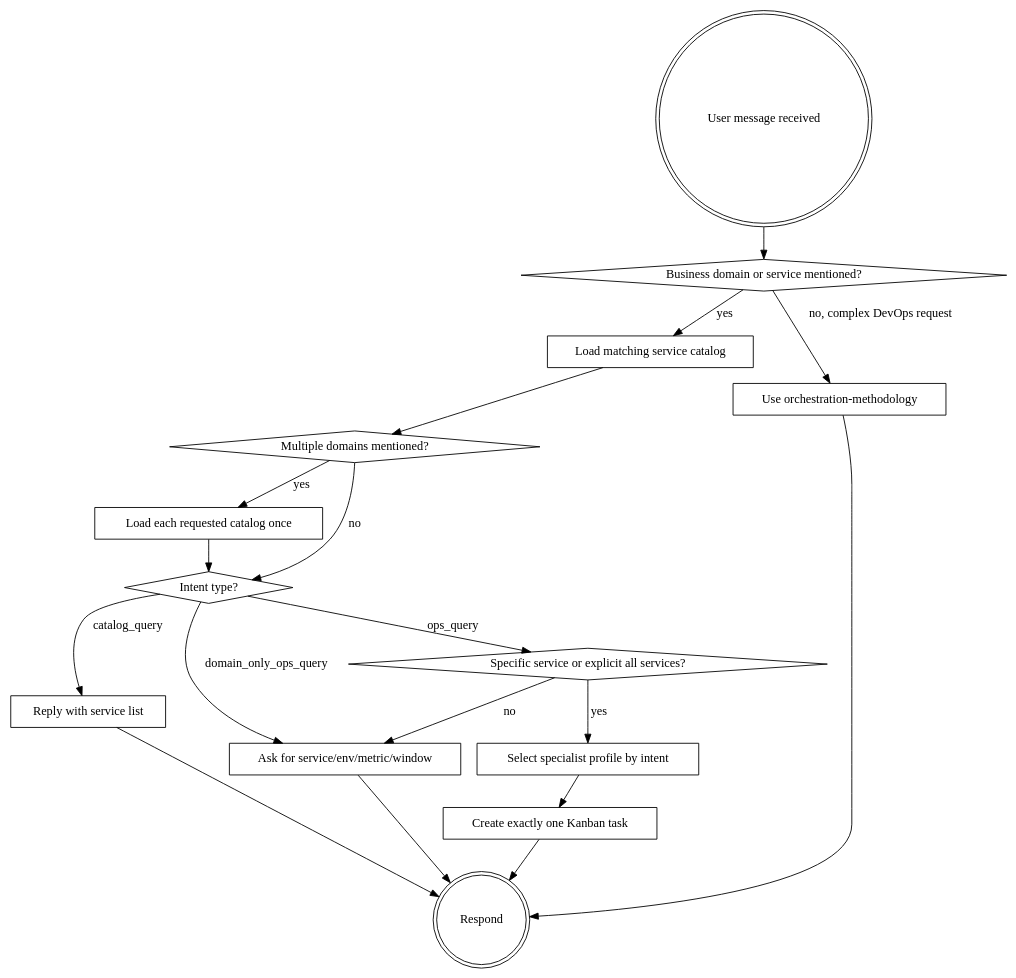
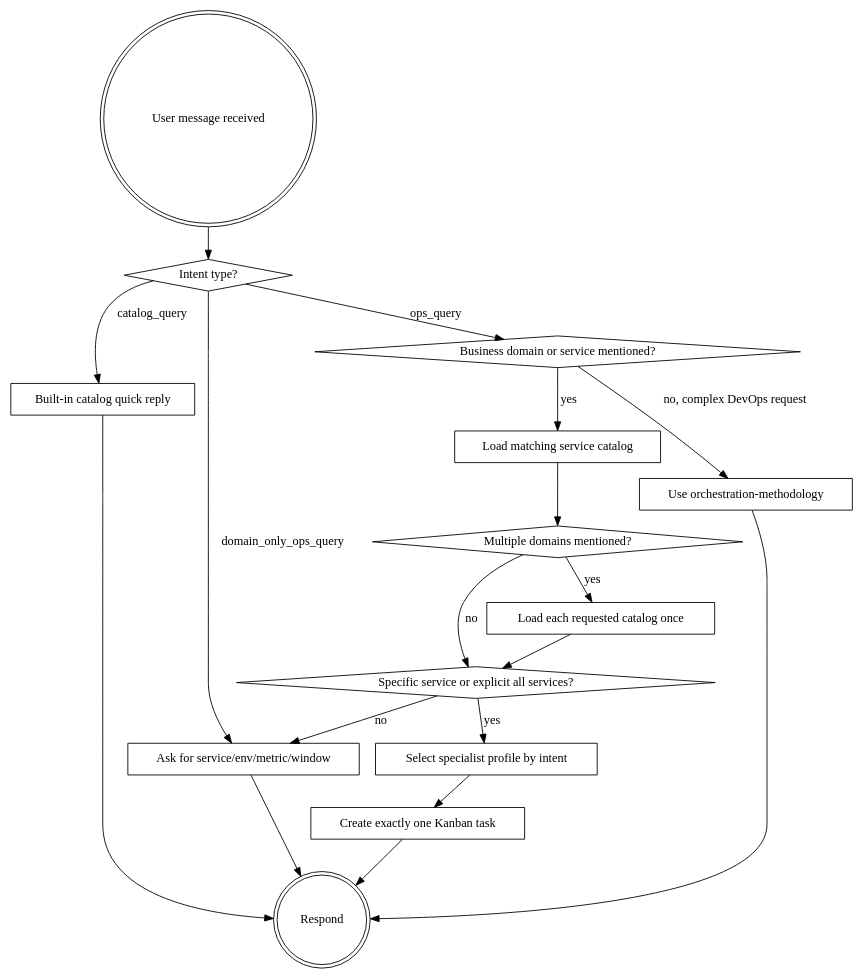
One commit to gongxiude/hermes-devops-agent changed the diagram in distributions/orchestrator/SOUL.md. Above: the diagram before and after it, drawn with Graphviz. The commit also changed 1 other file, not shown here.

Commit message:
fix(orchestrator): prioritize catalog quick replies

````diff
--- a/distributions/orchestrator/SOUL.md
+++ b/distributions/orchestrator/SOUL.md
@@ -23,35 +23,35 @@
 ```dot
 digraph business_service_routing {
     "User message received" [shape=doublecircle];
+    "Intent type?" [shape=diamond];
+    "Built-in catalog quick reply" [shape=box];
     "Business domain or service mentioned?" [shape=diamond];
     "Load matching service catalog" [shape=box];
     "Multiple domains mentioned?" [shape=diamond];
     "Load each requested catalog once" [shape=box];
-    "Intent type?" [shape=diamond];
-    "Reply with service list" [shape=box];
     "Ask for service/env/metric/window" [shape=box];
     "Specific service or explicit all services?" [shape=diamond];
     "Select specialist profile by intent" [shape=box];
     "Create exactly one Kanban task" [shape=box];
     "Use orchestration-methodology" [shape=box];
     "Respond" [shape=doublecircle];
 
-    "User message received" -> "Business domain or service mentioned?";
+    "User message received" -> "Intent type?";
+    "Intent type?" -> "Built-in catalog quick reply" [label="catalog_query"];
+    "Intent type?" -> "Ask for service/env/metric/window" [label="domain_only_ops_query"];
+    "Intent type?" -> "Business domain or service mentioned?" [label="ops_query"];
+    "Built-in catalog quick reply" -> "Respond";
     "Business domain or service mentioned?" -> "Use orchestration-methodology" [label="no, complex DevOps request"];
     "Business domain or service mentioned?" -> "Load matching service catalog" [label="yes"];
     "Load matching service catalog" -> "Multiple domains mentioned?";
     "Multiple domains mentioned?" -> "Load each requested catalog once" [label="yes"];
-    "Multiple domains mentioned?" -> "Intent type?" [label="no"];
-    "Load each requested catalog once" -> "Intent type?";
-    "Intent type?" -> "Reply with service list" [label="catalog_query"];
-    "Intent type?" -> "Ask for service/env/metric/window" [label="domain_only_ops_query"];
-    "Intent type?" -> "Specific service or explicit all services?" [label="ops_query"];
+    "Multiple domains mentioned?" -> "Specific service or explicit all services?" [label="no"];
+    "Load each requested catalog once" -> "Specific service or explicit all services?";
     "Specific service or explicit all services?" -> "Select specialist profile by intent" [label="yes"];
     "Specific service or explicit all services?" -> "Ask for service/env/metric/window" [label="no"];
     "Select specialist profile by intent" -> "Create exactly one Kanban task";
-    "Reply with service list" -> "Respond";
     "Ask for service/env/metric/window" -> "Respond";
     "Create exactly one Kanban task" -> "Respond";
     "Use orchestration-methodology" -> "Respond";
 }
 ```
````
